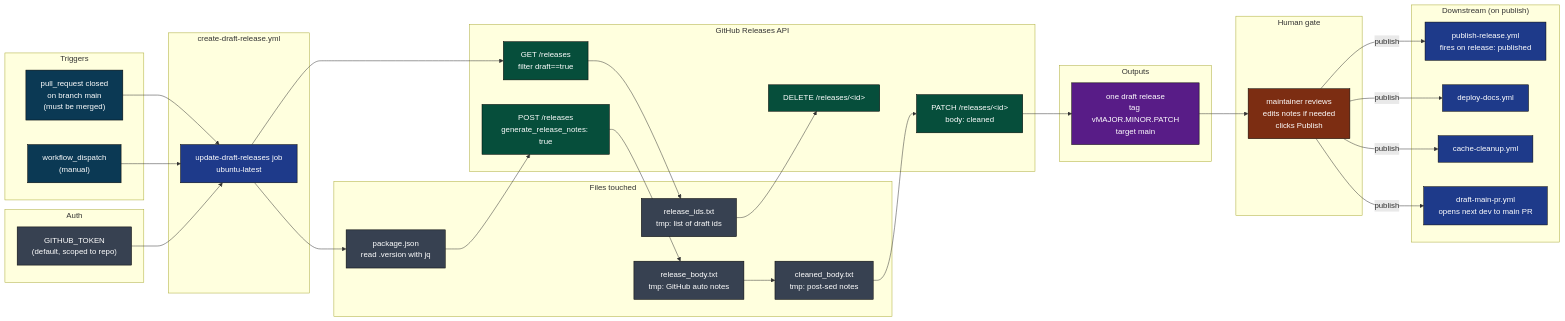
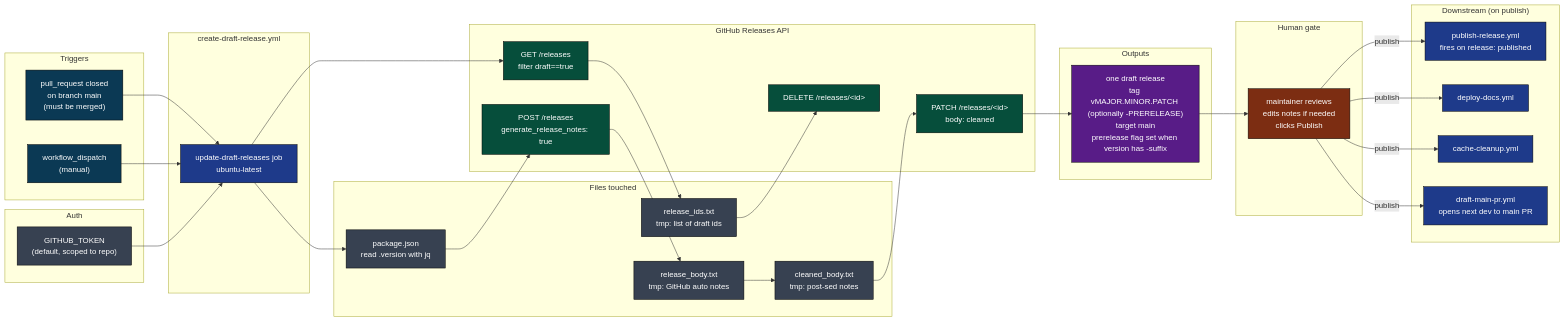
The first of 11 diagrams in .github/docs/CREATE_DRAFT_RELEASE_DEEP_DIVE.md (gregreindel/llm-exe), drawn with Mermaid before and after one commit. The commit also changed other lines of this file and 5 other files, not shown here.

````diff
--- a/.github/docs/CREATE_DRAFT_RELEASE_DEEP_DIVE.md
+++ b/.github/docs/CREATE_DRAFT_RELEASE_DEEP_DIVE.md
@@ -27,66 +27,66 @@
 ```mermaid
 flowchart LR
     classDef trig fill:#0b3954,color:#fff,stroke:#000
     classDef job fill:#1e3a8a,color:#fff,stroke:#000
     classDef ext fill:#064e3b,color:#fff,stroke:#000
     classDef file fill:#374151,color:#fff,stroke:#000
     classDef out fill:#581c87,color:#fff,stroke:#000
     classDef human fill:#7c2d12,color:#fff,stroke:#000
 
     subgraph T["Triggers"]
         t1["pull_request closed\non branch main\n(must be merged)"]:::trig
         t2["workflow_dispatch\n(manual)"]:::trig
     end
 
     subgraph A["create-draft-release.yml"]
         J["update-draft-releases job\nubuntu-latest"]:::job
     end
 
     subgraph S["Auth"]
         s1["GITHUB_TOKEN\n(default, scoped to repo)"]:::file
     end
 
     subgraph F["Files touched"]
         f1["package.json\nread .version with jq"]:::file
         f2["release_ids.txt\ntmp: list of draft ids"]:::file
         f3["release_body.txt\ntmp: GitHub auto notes"]:::file
         f4["cleaned_body.txt\ntmp: post-sed notes"]:::file
     end
 
     subgraph X["GitHub Releases API"]
         x1["GET /releases\nfilter draft==true"]:::ext
         x2["DELETE /releases/&lt;id&gt;"]:::ext
         x3["POST /releases\ngenerate_release_notes: true"]:::ext
         x4["PATCH /releases/&lt;id&gt;\nbody: cleaned"]:::ext
     end
 
     subgraph O["Outputs"]
-        o1["one draft release\ntag vMAJOR.MINOR.PATCH\ntarget main"]:::out
+        o1["one draft release\ntag vMAJOR.MINOR.PATCH (optionally -PRERELEASE)\ntarget main\nprerelease flag set when version has -suffix"]:::out
     end
 
     subgraph H["Human gate"]
         h1["maintainer reviews\nedits notes if needed\nclicks Publish"]:::human
     end
 
     subgraph D["Downstream (on publish)"]
         d1["publish-release.yml\nfires on release: published"]:::job
         d2["deploy-docs.yml"]:::job
         d3["cache-cleanup.yml"]:::job
         d4["draft-main-pr.yml\nopens next dev to main PR"]:::job
     end
 
     t1 --> J
     t2 --> J
     s1 --> J
     J --> x1 --> f2
     f2 --> x2
     J --> f1
     f1 --> x3 --> f3
     f3 --> f4
     f4 --> x4 --> o1
     o1 --> h1
     h1 -->|publish| d1
     h1 -->|publish| d2
     h1 -->|publish| d3
     h1 -->|publish| d4
 ```
````
